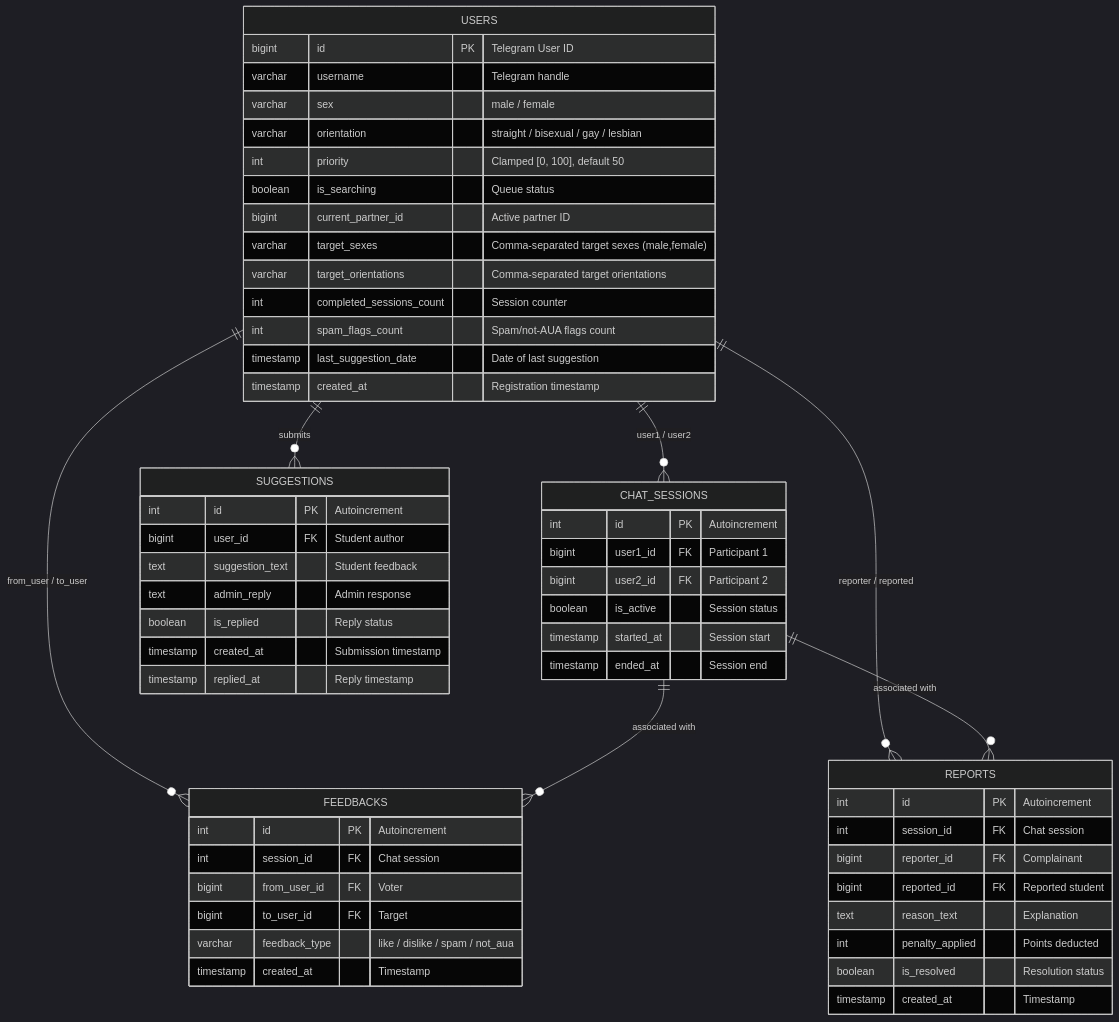
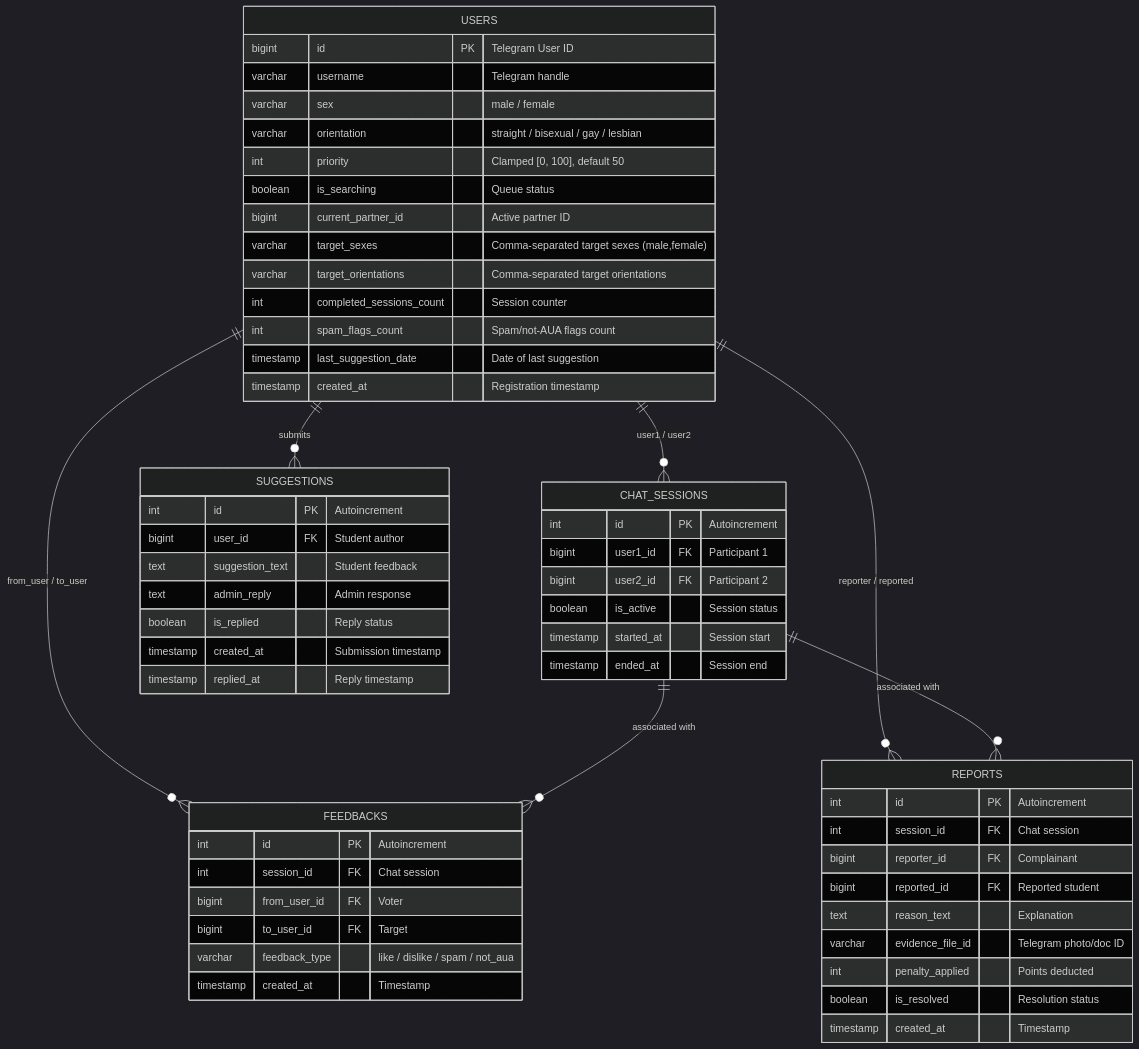
Before and after one commit to GorSargsyan2004/Anonymous-AUA: the second of 2 diagrams in README.md, drawn with Mermaid (dark theme). The commit also changed other lines of this file, not shown here.

````diff
--- a/README.md
+++ b/README.md
@@ -224,64 +232,65 @@
 ```mermaid
 erDiagram
     USERS ||--o{ CHAT_SESSIONS : "user1 / user2"
     USERS ||--o{ FEEDBACKS : "from_user / to_user"
     USERS ||--o{ REPORTS : "reporter / reported"
     USERS ||--o{ SUGGESTIONS : "submits"
     CHAT_SESSIONS ||--o{ FEEDBACKS : "associated with"
     CHAT_SESSIONS ||--o{ REPORTS : "associated with"
 
     USERS {
         bigint id PK "Telegram User ID"
         varchar username "Telegram handle"
         varchar sex "male / female"
         varchar orientation "straight / bisexual / gay / lesbian"
         int priority "Clamped [0, 100], default 50"
         boolean is_searching "Queue status"
         bigint current_partner_id "Active partner ID"
         varchar target_sexes "Comma-separated target sexes (male,female)"
         varchar target_orientations "Comma-separated target orientations"
         int completed_sessions_count "Session counter"
         int spam_flags_count "Spam/not-AUA flags count"
         timestamp last_suggestion_date "Date of last suggestion"
         timestamp created_at "Registration timestamp"
     }
 
     CHAT_SESSIONS {
         int id PK "Autoincrement"
         bigint user1_id FK "Participant 1"
         bigint user2_id FK "Participant 2"
         boolean is_active "Session status"
         timestamp started_at "Session start"
         timestamp ended_at "Session end"
     }
 
     FEEDBACKS {
         int id PK "Autoincrement"
         int session_id FK "Chat session"
         bigint from_user_id FK "Voter"
         bigint to_user_id FK "Target"
         varchar feedback_type "like / dislike / spam / not_aua"
         timestamp created_at "Timestamp"
     }
 
     REPORTS {
         int id PK "Autoincrement"
         int session_id FK "Chat session"
         bigint reporter_id FK "Complainant"
         bigint reported_id FK "Reported student"
         text reason_text "Explanation"
+        varchar evidence_file_id "Telegram photo/doc ID"
         int penalty_applied "Points deducted"
         boolean is_resolved "Resolution status"
         timestamp created_at "Timestamp"
     }
 
     SUGGESTIONS {
         int id PK "Autoincrement"
         bigint user_id FK "Student author"
         text suggestion_text "Student feedback"
         text admin_reply "Admin response"
         boolean is_replied "Reply status"
         timestamp created_at "Submission timestamp"
         timestamp replied_at "Reply timestamp"
     }
 ```
````
